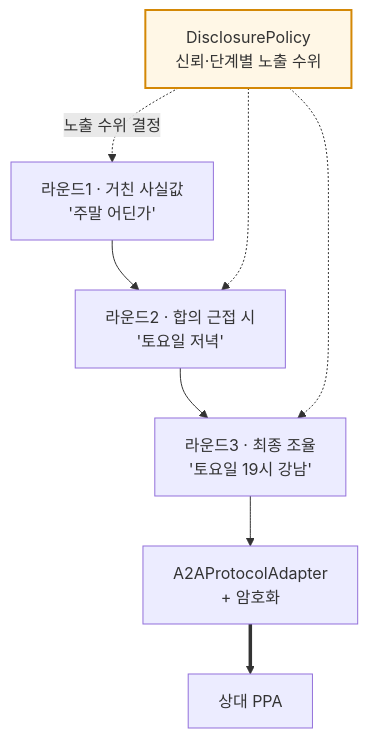
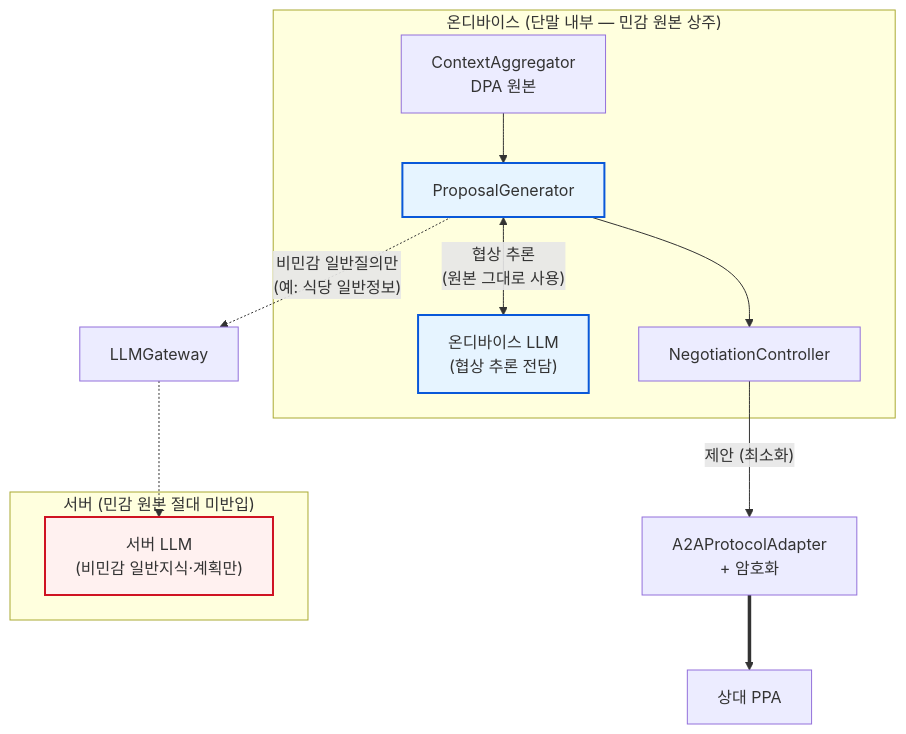
One commit to Sunwoo-Nam/architect-teamproject changed the fourth of 4 diagrams in docs/DP 후보안/DP06-협상 민감정보 처리 설계.md. Above: the diagram before and after it, drawn with Mermaid. The commit also changed other lines of this file, not shown here.

First line of the commit message:
Revise sensitive information negotiation strategies

````diff
--- a/docs/DP 후보안/DP06-협상 민감정보 처리 설계.md
+++ b/docs/DP 후보안/DP06-협상 민감정보 처리 설계.md
@@ -117,15 +120,21 @@
 ```mermaid
 flowchart TB
-    POL["DisclosurePolicy<br/>신뢰·단계별 노출 수위"]
-    R1["라운드1 · 거친 사실값<br/>'주말 어딘가'"]
-    R2["라운드2 · 합의 근접 시<br/>'토요일 저녁'"]
-    R3["라운드3 · 최종 조율<br/>'토요일 19시 강남'"]
-    A2A["A2AProtocolAdapter<br/>+ 암호화"]
-    PPA["상대 PPA"]
-    R1 --> R2 --> R3 --> A2A ==> PPA
-    POL -.->|"노출 수위 결정"| R1
-    POL -.-> R2
-    POL -.-> R3
-    classDef new fill:#fff7e6,stroke:#d48806,stroke-width:2px;
-    class POL new;
+    subgraph OND["온디바이스 (단말 내부 — 민감 원본 상주)"]
+        CTX["ContextAggregator<br/>DPA 원본"]
+        ONLLM["온디바이스 LLM<br/>(협상 추론 전담)"]
+        PG["ProposalGenerator"]
+        NC["NegotiationController"]
+    end
+    subgraph CLOUD["서버 (민감 원본 절대 미반입)"]
+        SRVLLM["서버 LLM<br/>(비민감 일반지식·계획만)"]
+    end
+    CTX --> PG
+    PG <-->|"협상 추론<br/>(원본 그대로 사용)"| ONLLM
+    PG --> NC
+    NC -->|"제안 (최소화)"| A2A["A2AProtocolAdapter<br/>+ 암호화"] ==> PPA["상대 PPA"]
+    PG -.->|"비민감 일반질의만<br/>(예: 식당 일반정보)"| GW["LLMGateway"] -.-> SRVLLM
+    classDef on fill:#e6f4ff,stroke:#0958d9,stroke-width:2px;
+    classDef cloud fill:#fff1f0,stroke:#cf1322,stroke-width:2px;
+    class ONLLM,PG on;
+    class SRVLLM cloud;
 ```
````
